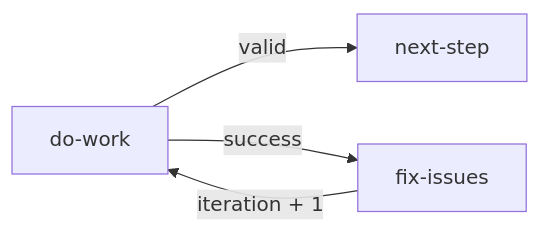
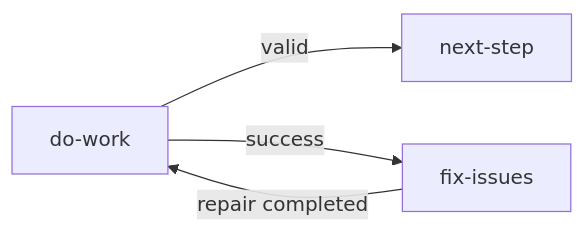
The first of 4 diagrams in packages/mcp-server/src/help/content/guides/workflow-creation.md (moira-mcp/moira), drawn with Mermaid before and after one commit. The commit also changed other lines of this file and 417 other files, not shown here.

````diff
--- a/packages/mcp-server/src/help/content/guides/workflow-creation.md
+++ b/packages/mcp-server/src/help/content/guides/workflow-creation.md
@@ -41,6 +44,6 @@
 ```mermaid
 flowchart LR
     A[do-work] -->|valid| B[next-step]
     A -->|success| C[fix-issues]
-    C -->|iteration + 1| A
+    C -->|repair completed| A
 ```
````
